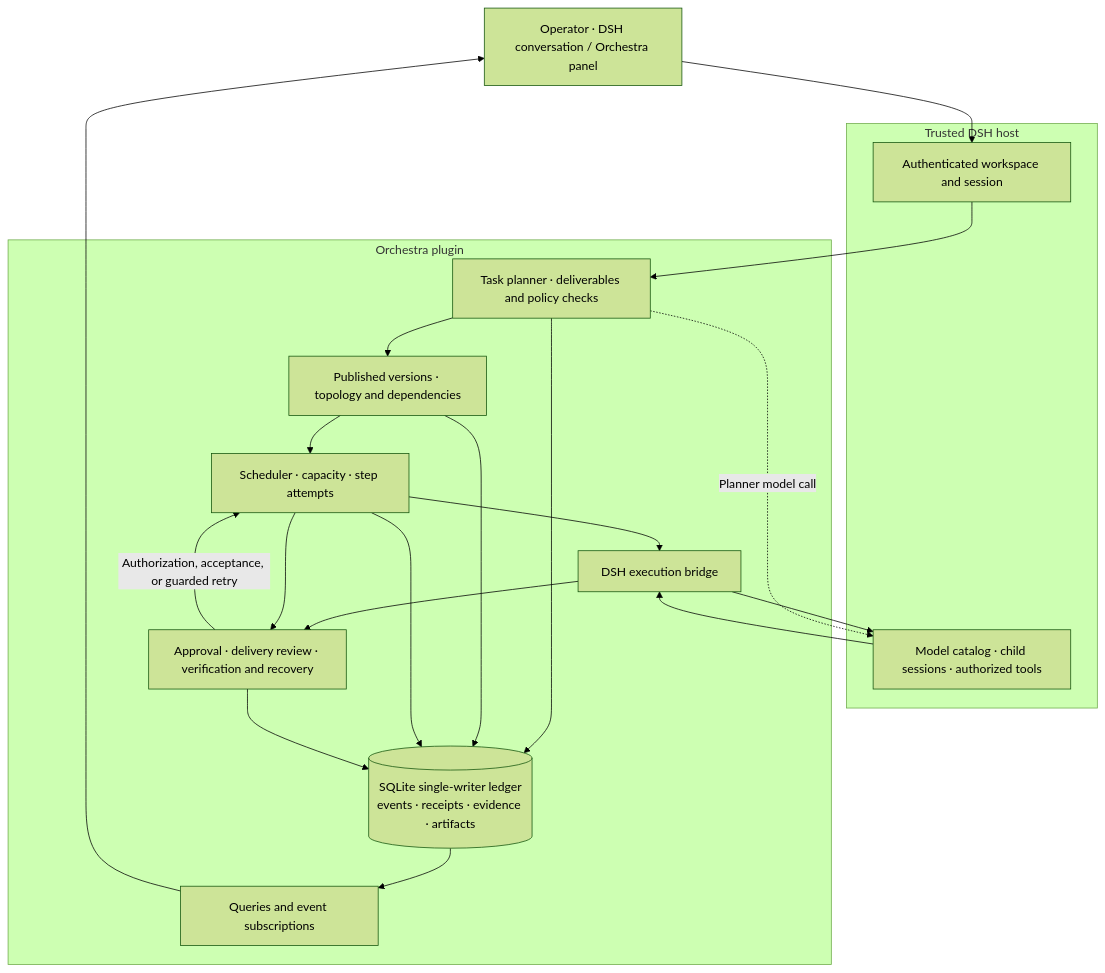
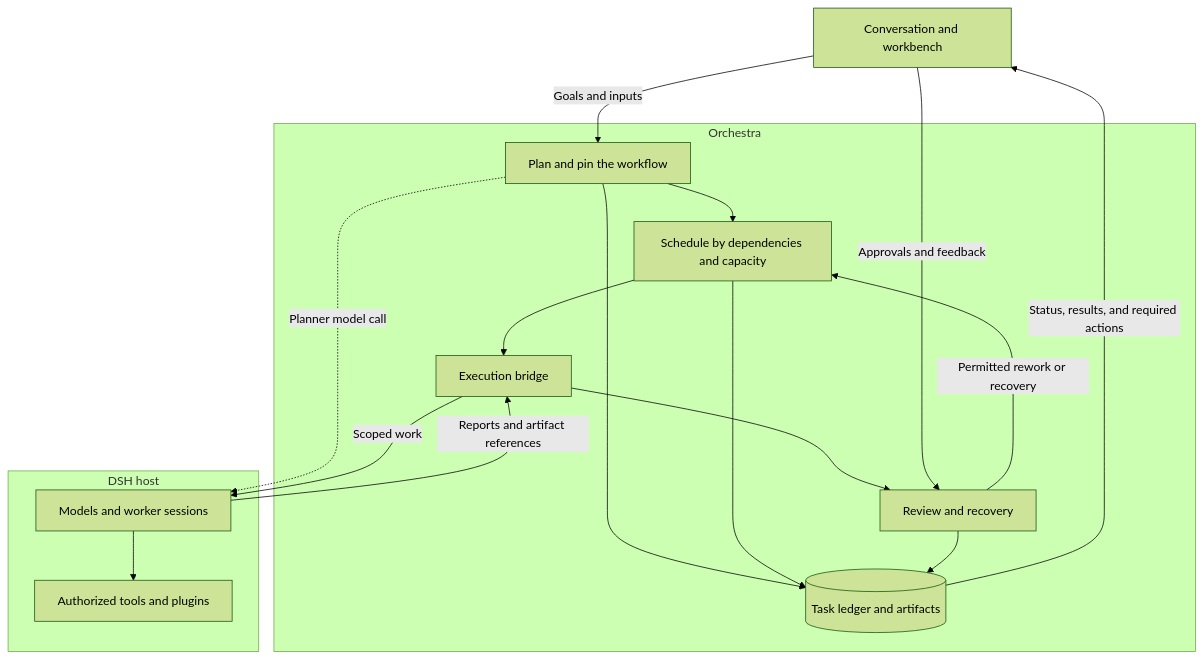
One commit to theBeautifulIce/dsh-orchestra changed the third of 3 diagrams in README.en.md. Above: the diagram before and after it, drawn with Mermaid (forest theme). The commit also changed other lines of this file and 1 other file, not shown here.

Commit message:
docs: explain Orchestra task workflows and refresh README diagrams

````diff
--- a/README.en.md
+++ b/README.en.md
@@ -89,26 +160,28 @@
-~~~mermaid
+```mermaid
 flowchart TD
-    U["Operator · DSH conversation / Orchestra panel"]
-    subgraph DS["Trusted DSH host"]
-        G["Authenticated workspace and session"]
-        M["Model catalog · child sessions · authorized tools"]
+    U["Conversation and workbench"]
+    subgraph O["Orchestra"]
+        P["Plan and pin the workflow"]
+        S["Schedule by dependencies and capacity"]
+        B["Execution bridge"]
+        R["Review and recovery"]
+        L[("Task ledger and artifacts")]
+        P --> S --> B
+        B --> R
+        P --> L
+        S --> L
+        R --> L
+        R -->|Permitted rework or recovery| S
     end
-    subgraph OR["Orchestra plugin"]
-        P["Task planner · deliverables and policy checks"]
-        W["Published versions · topology and dependencies"]
-        D["Scheduler · capacity · step attempts"]
-        X["DSH execution bridge"]
-        C["Approval · delivery review · verification and recovery"]
-        L[("SQLite single-writer ledger<br/>events · receipts · evidence · artifacts")]
-        Q["Queries and event subscriptions"]
+    subgraph D["DSH host"]
+        M["Models and worker sessions"]
+        T["Authorized tools and plugins"]
+        M --> T
     end
-    U --> G --> P --> W --> D --> X --> M
+    U -->|Goals and inputs| P
+    U -->|Approvals and feedback| R
     P -.->|Planner model call| M
-    M --> X --> C
-    D --> C
-    C -->|Authorization, acceptance, or guarded retry| D
-    P --> L
-    W --> L
-    D --> L
-    C --> L --> Q --> U
-~~~
+    B -->|Scoped work| M
+    M -->|Reports and artifact references| B
+    L -->|Status, results, and required actions| U
+```
````
